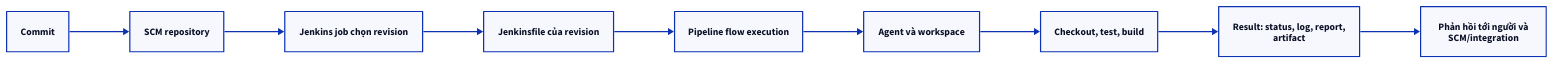
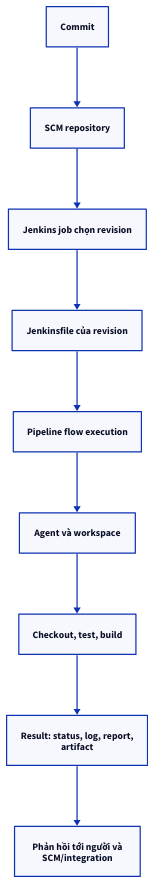
Before and after one commit to vanhiep99w/jenkins-learn: the diagram in content/docs/pipelines/overview.mdx, drawn with D2. The commit also changed 62 other files, not shown here.

Commit message:
fix: improve diagram layouts and inline readability

````diff
--- a/content/docs/pipelines/overview.mdx
+++ b/content/docs/pipelines/overview.mdx
@@ -68,21 +68,21 @@
-```d2 title="Mô hình thực thi của Pipeline"
-direction: right
+```d2 title="Mô hình thực thi của Pipeline" layout=elk
+direction: down
 A: "Commit"
 B: "SCM repository"
 C: "Jenkins job chọn revision"
 D: "Jenkinsfile của revision"
 E: "Pipeline flow execution"
 F: "Agent và workspace"
 G: "Checkout, test, build"
 H: "Result: status, log, report,\nartifact"
 I: "Phản hồi tới người và\nSCM/integration"
 
 A -> B
 B -> C
 C -> D
 D -> E
 E -> F
 F -> G
 G -> H
 H -> I
 ```
````
